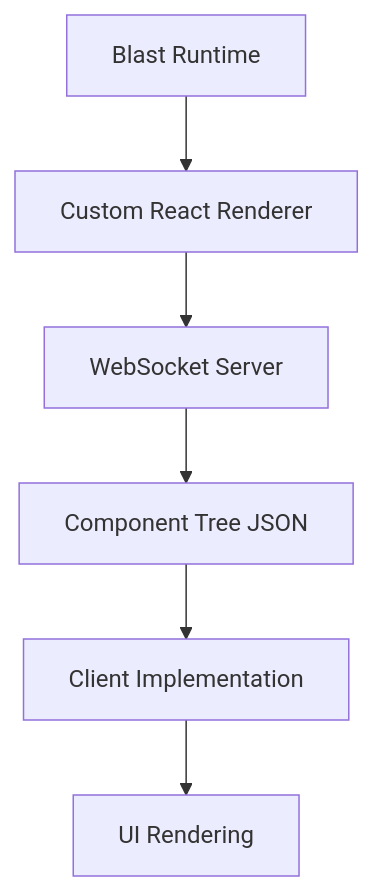
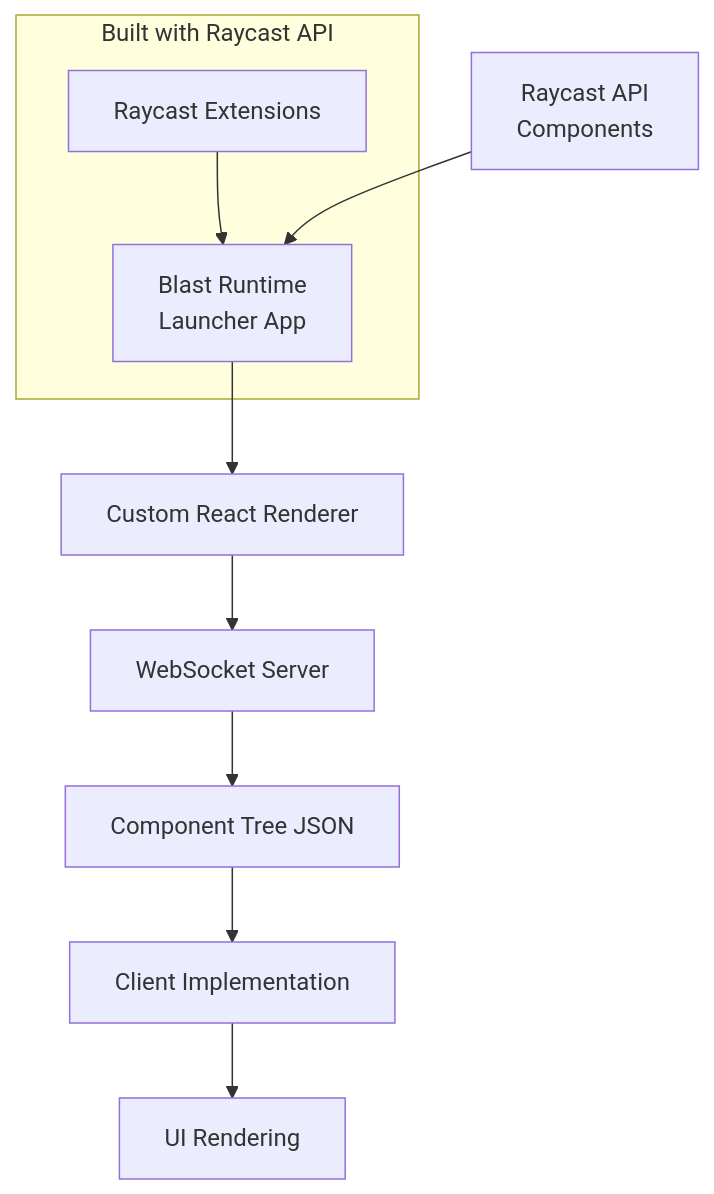
Before and after one commit to BlastLauncher/blast: the first of 3 diagrams in docs/app_flow.md, drawn with Mermaid. The commit also changed other lines of this file, not shown here.

Commit message:
docs: update app flow

````diff
--- a/docs/app_flow.md
+++ b/docs/app_flow.md
@@ -7,8 +7,16 @@
 ```mermaid
 graph TD
-    A[Blast Runtime] --> B[Custom React Renderer]
+    A[Blast Runtime<br/>Launcher App] --> B[Custom React Renderer]
     B --> C[WebSocket Server]
     C --> D[Component Tree JSON]
     D --> E[Client Implementation]
     E --> F[UI Rendering]
+
+    G[Raycast Extensions] --> A
+    H[Raycast API<br/>Components] --> A
+
+    subgraph "Built with Raycast API"
+    A
+    G
+    end
 ```
````
